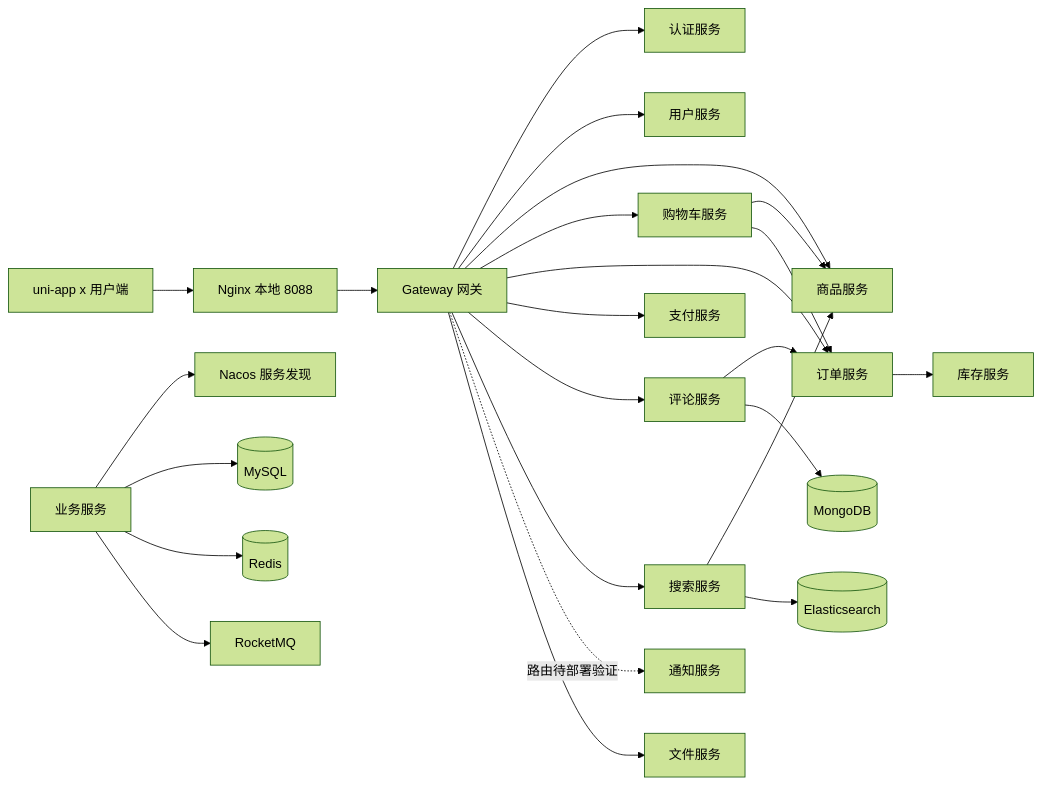
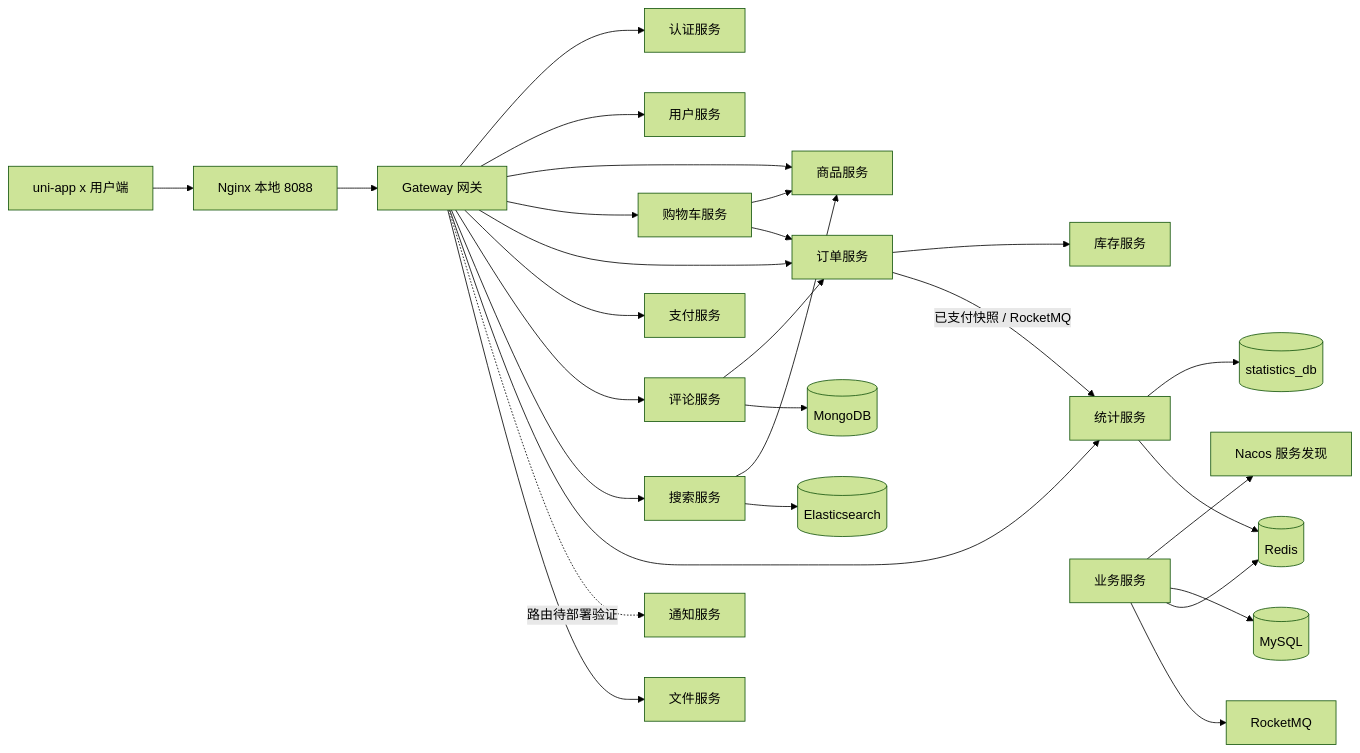
One commit to AlmostOnce/order_system_cloud changed the diagram in README.md. Above: the diagram before and after it, drawn with Mermaid (forest theme). The commit also changed other lines of this file and 8 other files, not shown here.

````diff
--- a/README.md
+++ b/README.md
@@ -74,26 +74,30 @@
 ```mermaid
 flowchart LR
     Client[uni-app x 用户端] --> Nginx[Nginx 本地 8088]
     Nginx --> Gateway[Gateway 网关]
     Gateway --> Auth[认证服务]
     Gateway --> User[用户服务]
     Gateway --> Product[商品服务]
     Gateway --> Cart[购物车服务]
     Gateway --> Order[订单服务]
     Gateway --> Payment[支付服务]
     Gateway --> Comment[评论服务]
     Gateway --> Search[搜索服务]
+    Gateway --> Statistics[统计服务]
     Gateway -. 路由待部署验证 .-> Notification[通知服务]
     Gateway --> File[文件服务]
     Order --> Stock[库存服务]
     Cart --> Product
     Cart --> Order
     Search --> Product
     Comment --> Order
     Services[业务服务] --> Nacos[Nacos 服务发现]
     Services --> MySQL[(MySQL)]
     Services --> Redis[(Redis)]
     Services --> MQ[RocketMQ]
     Comment --> Mongo[(MongoDB)]
     Search --> ES[(Elasticsearch)]
+    Order -->|已支付快照 / RocketMQ| Statistics
+    Statistics --> StatsDB[(statistics_db)]
+    Statistics --> Redis
 ```
````
